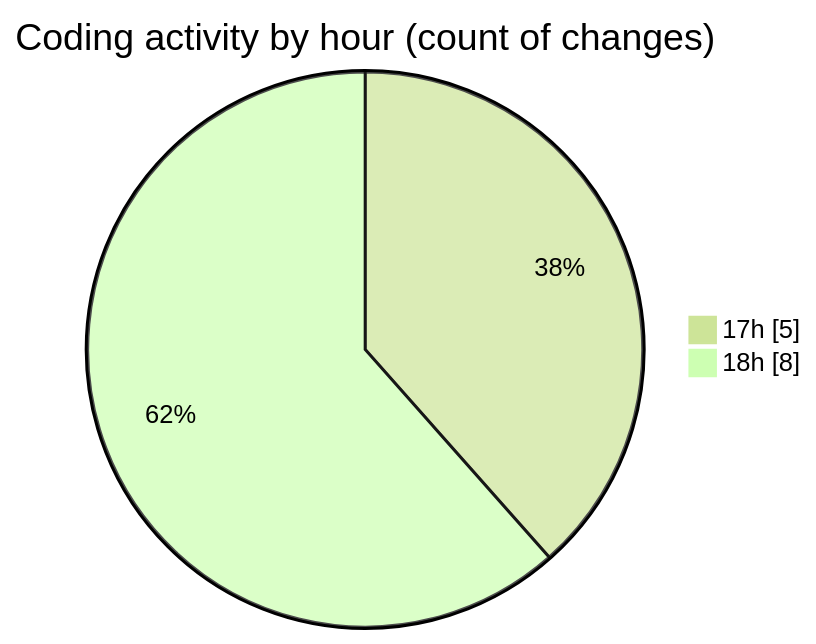
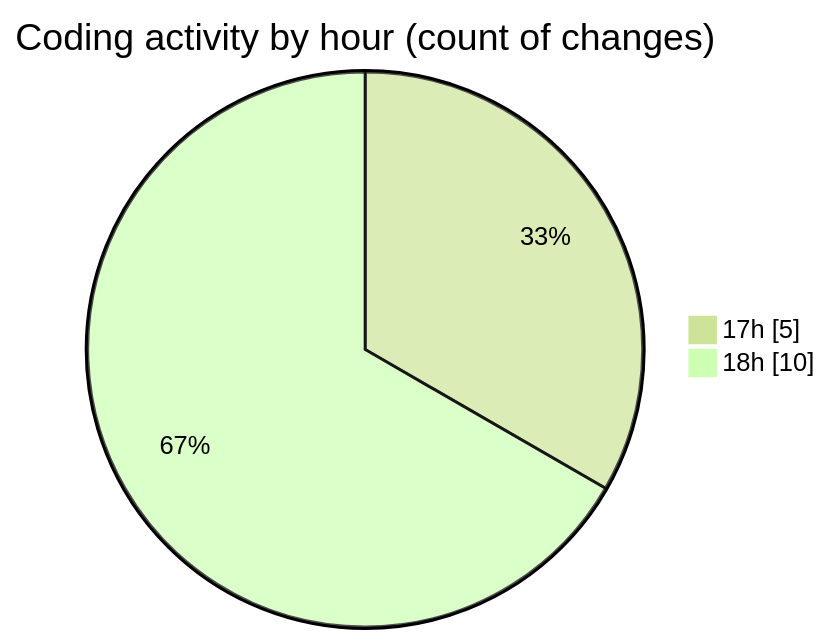
Before and after one commit to donsfak/code-tracking: the second of 2 diagrams in 2025-01-01/uber_clone/README.md, drawn with Mermaid (forest theme). The commit also changed other lines of this file and 1 other file, not shown here.

````diff
--- a/2025-01-01/uber_clone/README.md
+++ b/2025-01-01/uber_clone/README.md
@@ -33,6 +35,6 @@
 ```mermaid
 pie showData
 title Coding activity by hour (count of changes)
 "17h" : 5
-"18h" : 8
+"18h" : 10
 ```
````
